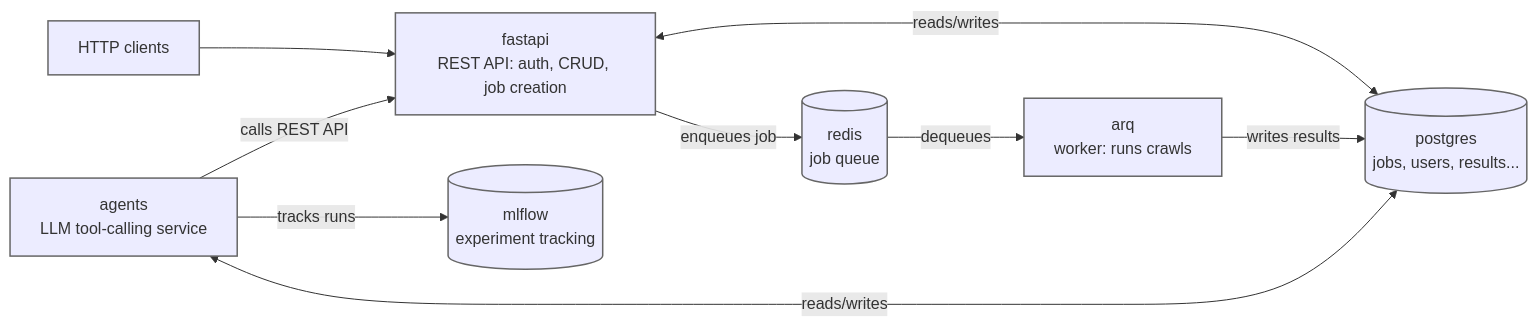
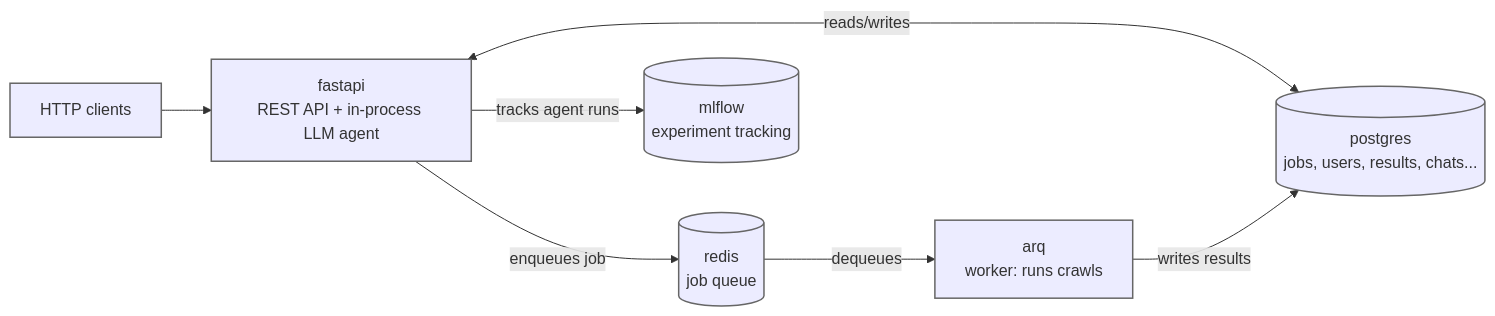
Before and after one commit to sayedshaun/onecrawler-backend: the diagram in README.md, drawn with Mermaid. The commit also changed other lines of this file and 2 other files, not shown here.

Commit message:
docs: document in-process agent, split API reference into docs/

````diff
--- a/README.md
+++ b/README.md
@@ -32,13 +32,11 @@
 ```mermaid
 flowchart LR
-    client[HTTP clients] --> fastapi["fastapi<br/>REST API: auth, CRUD, job creation"]
+    client[HTTP clients] --> fastapi["fastapi<br/>REST API + in-process LLM agent"]
     fastapi -->|enqueues job| redis[("redis<br/>job queue")]
-    fastapi <-->|reads/writes| postgres[("postgres<br/>jobs, users, results...")]
+    fastapi <-->|reads/writes| postgres[("postgres<br/>jobs, users, results, chats...")]
     redis -->|dequeues| arq["arq<br/>worker: runs crawls"]
     arq -->|writes results| postgres
-    agents["agents<br/>LLM tool-calling service"] -->|calls REST API| fastapi
-    agents <-->|reads/writes| postgres
-    agents -->|tracks runs| mlflow[("mlflow<br/>experiment tracking")]
+    fastapi -->|tracks agent runs| mlflow[("mlflow<br/>experiment tracking")]
 
     classDef default stroke:#666,stroke-width:1.5px
 ```
````
